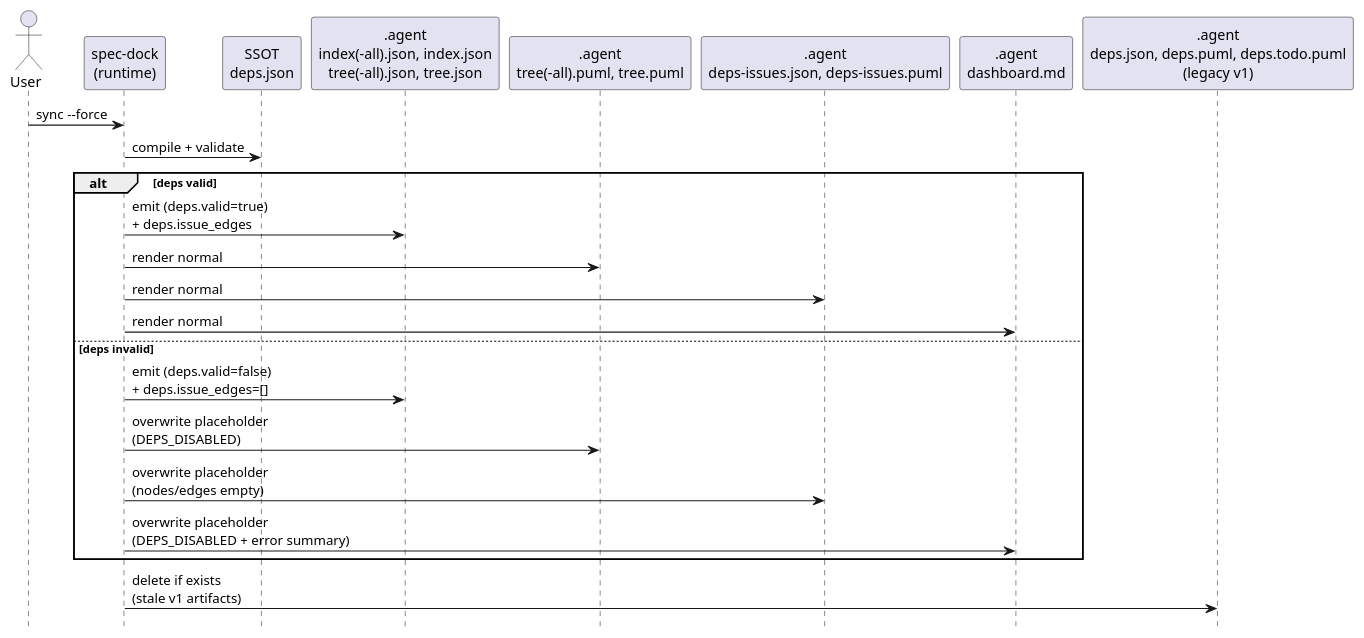
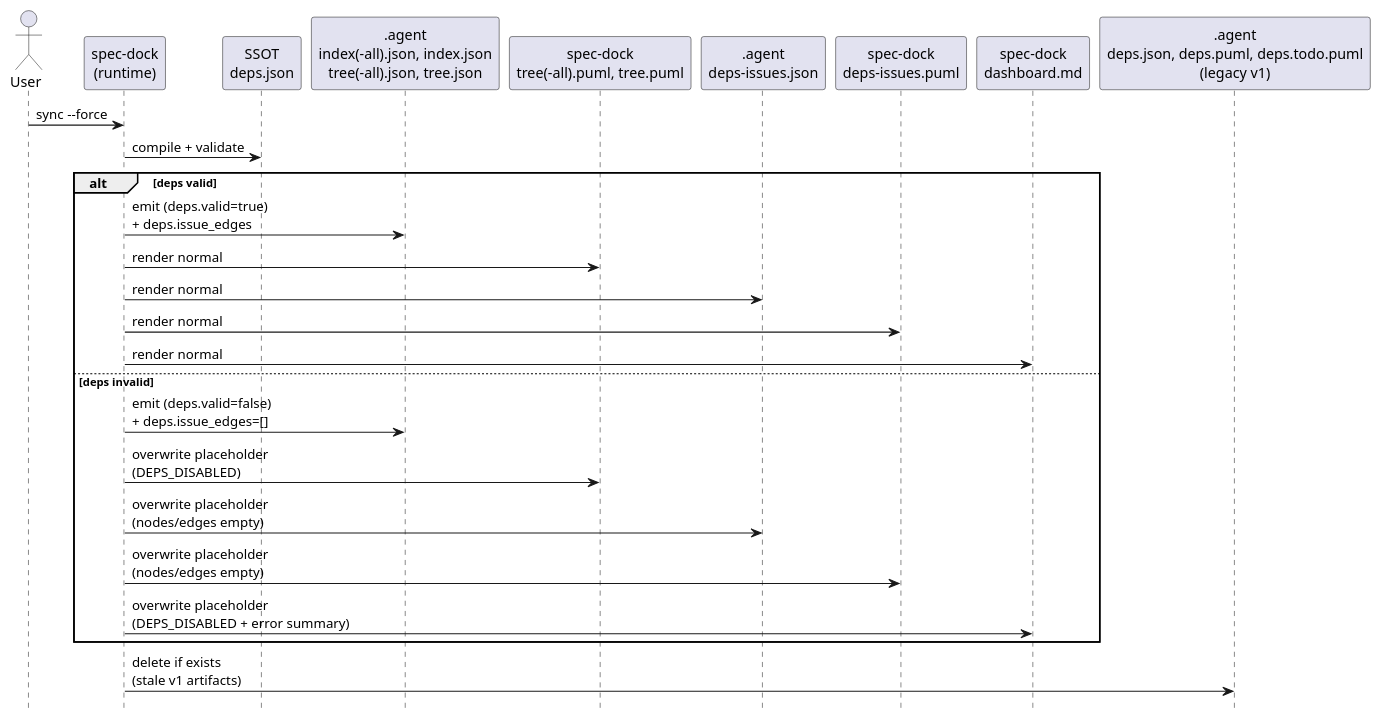
One commit to chemitaro/spec-dock changed the fifth of 9 diagrams in spec-deps/current/design.md. Above: the diagram before and after it, drawn with PlantUML. The commit also changed other lines of this file and 7 other files, not shown here.

````diff
--- a/spec-deps/current/design.md
+++ b/spec-deps/current/design.md
@@ -365,32 +372,35 @@
 ```plantuml
 @startuml
 hide footbox
 skinparam shadowing false
 
 actor User
 participant "spec-dock\n(runtime)" as Script
 participant "SSOT\ndeps.json" as Deps
 participant ".agent\nindex(-all).json, index.json\ntree(-all).json, tree.json" as IndexTree
-participant ".agent\ntree(-all).puml, tree.puml" as TreePuml
-participant ".agent\ndeps-issues.json, deps-issues.puml" as DepsIssues
-participant ".agent\ndashboard.md" as Dashboard
+participant "spec-dock\ntree(-all).puml, tree.puml" as TreePuml
+participant ".agent\ndeps-issues.json" as DepsIssuesJson
+participant "spec-dock\ndeps-issues.puml" as DepsIssuesPuml
+participant "spec-dock\ndashboard.md" as Dashboard
 participant ".agent\ndeps.json, deps.puml, deps.todo.puml\n(legacy v1)" as Legacy
 
 User -> Script: sync --force
 Script -> Deps: compile + validate
 
 alt deps valid
   Script -> IndexTree: emit (deps.valid=true)\n+ deps.issue_edges
   Script -> TreePuml: render normal
-  Script -> DepsIssues: render normal
+  Script -> DepsIssuesJson: render normal
+  Script -> DepsIssuesPuml: render normal
   Script -> Dashboard: render normal
 else deps invalid
   Script -> IndexTree: emit (deps.valid=false)\n+ deps.issue_edges=[]
   Script -> TreePuml: overwrite placeholder\n(DEPS_DISABLED)
-  Script -> DepsIssues: overwrite placeholder\n(nodes/edges empty)
+  Script -> DepsIssuesJson: overwrite placeholder\n(nodes/edges empty)
+  Script -> DepsIssuesPuml: overwrite placeholder\n(nodes/edges empty)
   Script -> Dashboard: overwrite placeholder\n(DEPS_DISABLED + error summary)
 end
 
 Script -> Legacy: delete if exists\n(stale v1 artifacts)
 @enduml
 ```
````
